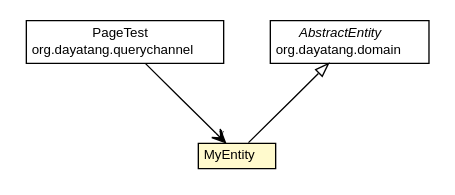
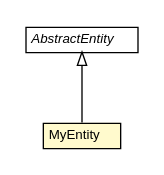
The diagram in dddlib-query-channel/testapidocs/org/dayatang/querychannel/domain/MyEntity.dot (dayatang/dddlib), drawn with Graphviz before and after one commit. The commit also changed 148 other files, not shown here.

```diff
--- a/dddlib-query-channel/testapidocs/org/dayatang/querychannel/domain/MyEntity.dot
+++ b/dddlib-query-channel/testapidocs/org/dayatang/querychannel/domain/MyEntity.dot
@@ -1,36 +1,26 @@
 #!/usr/local/bin/dot
 #
 # Class diagram 
 # Generated by UMLGraph version R5_6_6-8-g8d7759 (http://www.umlgraph.org/)
 #
 
 digraph G {
 	edge [fontname="Helvetica",fontsize=10,labelfontname="Helvetica",labelfontsize=10];
 	node [fontname="Helvetica",fontsize=10,shape=plaintext];
 	nodesep=0.25;
 	ranksep=0.5;
 	// org.dayatang.querychannel.domain.MyEntity
-	c16 [label=<<table title="org.dayatang.querychannel.domain.MyEntity" border="0" cellborder="1" cellspacing="0" cellpadding="2" port="p" bgcolor="lemonChiffon" href="./MyEntity.html">
+	c14 [label=<<table title="org.dayatang.querychannel.domain.MyEntity" border="0" cellborder="1" cellspacing="0" cellpadding="2" port="p" bgcolor="lemonChiffon" href="./MyEntity.html">
 		<tr><td><table border="0" cellspacing="0" cellpadding="1">
 <tr><td align="center" balign="center"> MyEntity </td></tr>
 		</table></td></tr>
 		</table>>, URL="./MyEntity.html", fontname="Helvetica", fontcolor="black", fontsize=10.0];
-	// org.dayatang.querychannel.PageTest
-	c24 [label=<<table title="org.dayatang.querychannel.PageTest" border="0" cellborder="1" cellspacing="0" cellpadding="2" port="p" href="../PageTest.html">
-		<tr><td><table border="0" cellspacing="0" cellpadding="1">
-<tr><td align="center" balign="center"> PageTest </td></tr>
-<tr><td align="center" balign="center"> org.dayatang.querychannel </td></tr>
-		</table></td></tr>
-		</table>>, URL="../PageTest.html", fontname="Helvetica", fontcolor="black", fontsize=10.0];
 	//org.dayatang.querychannel.domain.MyEntity extends org.dayatang.domain.AbstractEntity
-	c31:p -> c16:p [dir=back,arrowtail=empty];
-	// org.dayatang.querychannel.PageTest NAVASSOC org.dayatang.querychannel.domain.MyEntity
-	c24:p -> c16:p [taillabel="", label=" "headlabel="*", fontname="Helvetica", fontcolor="black", fontsize=10.0, color="black", arrowhead=open];
+	c22:p -> c14:p [dir=back,arrowtail=empty];
 	// org.dayatang.domain.AbstractEntity
-	c31 [label=<<table title="org.dayatang.domain.AbstractEntity" border="0" cellborder="1" cellspacing="0" cellpadding="2" port="p" href="http://java.sun.com/j2se/1.4.2/docs/api/org/dayatang/domain/AbstractEntity.html">
+	c22 [label=<<table title="org.dayatang.domain.AbstractEntity" border="0" cellborder="1" cellspacing="0" cellpadding="2" port="p">
 		<tr><td><table border="0" cellspacing="0" cellpadding="1">
 <tr><td align="center" balign="center"><font face="Helvetica-Oblique"> AbstractEntity </font></td></tr>
-<tr><td align="center" balign="center"> org.dayatang.domain </td></tr>
 		</table></td></tr>
-		</table>>, URL="http://java.sun.com/j2se/1.4.2/docs/api/org/dayatang/domain/AbstractEntity.html", fontname="Helvetica", fontcolor="black", fontsize=10.0];
+		</table>>, URL="null", fontname="Helvetica", fontcolor="black", fontsize=10.0];
 }
```
